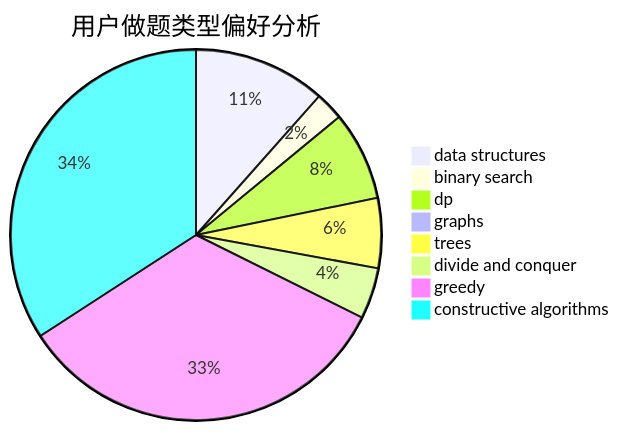
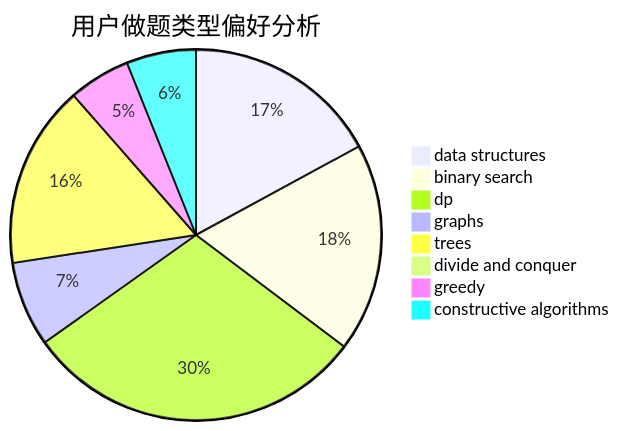
The second of 3 diagrams in docs/user/u2280.md (sherpahu/cfrs.github.io), drawn with Mermaid before and after one commit. The commit also changed other lines of this file and 2770 other files, not shown here.

````diff
--- a/docs/user/u2280.md
+++ b/docs/user/u2280.md
@@ -23,11 +23,11 @@
 ```mermaid
 pie title 用户做题类型偏好分析
-    "data structures" :  70
-    "binary search" :  15
-    "dp" :  47
-    "graphs" :  6
-    "trees" :  37
-    "divide and conquer" :  27
-    "greedy" :  203
-    "constructive algorithms" :  207
+    "data structures" :  76
+    "binary search" :  81
+    "dp" :  133
+    "graphs" :  33
+    "trees" :  71
+    "divide and conquer" :  1
+    "greedy" :  24
+    "constructive algorithms" :  27
 ```
````
